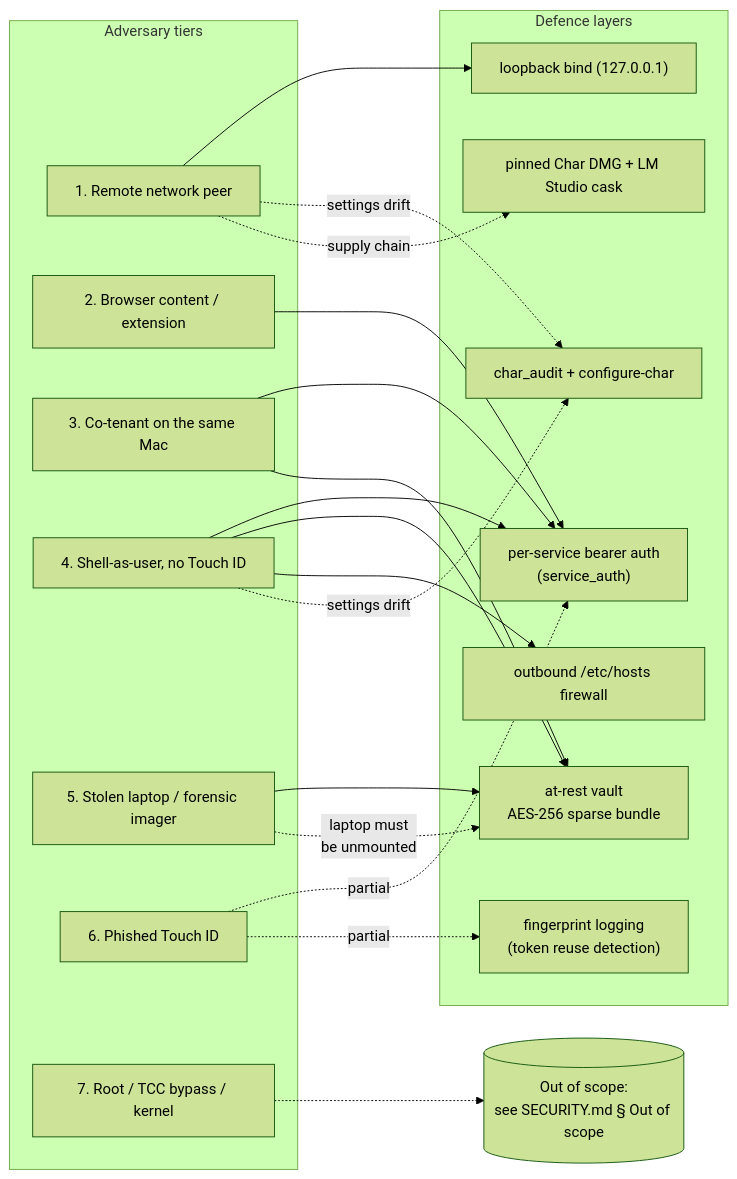
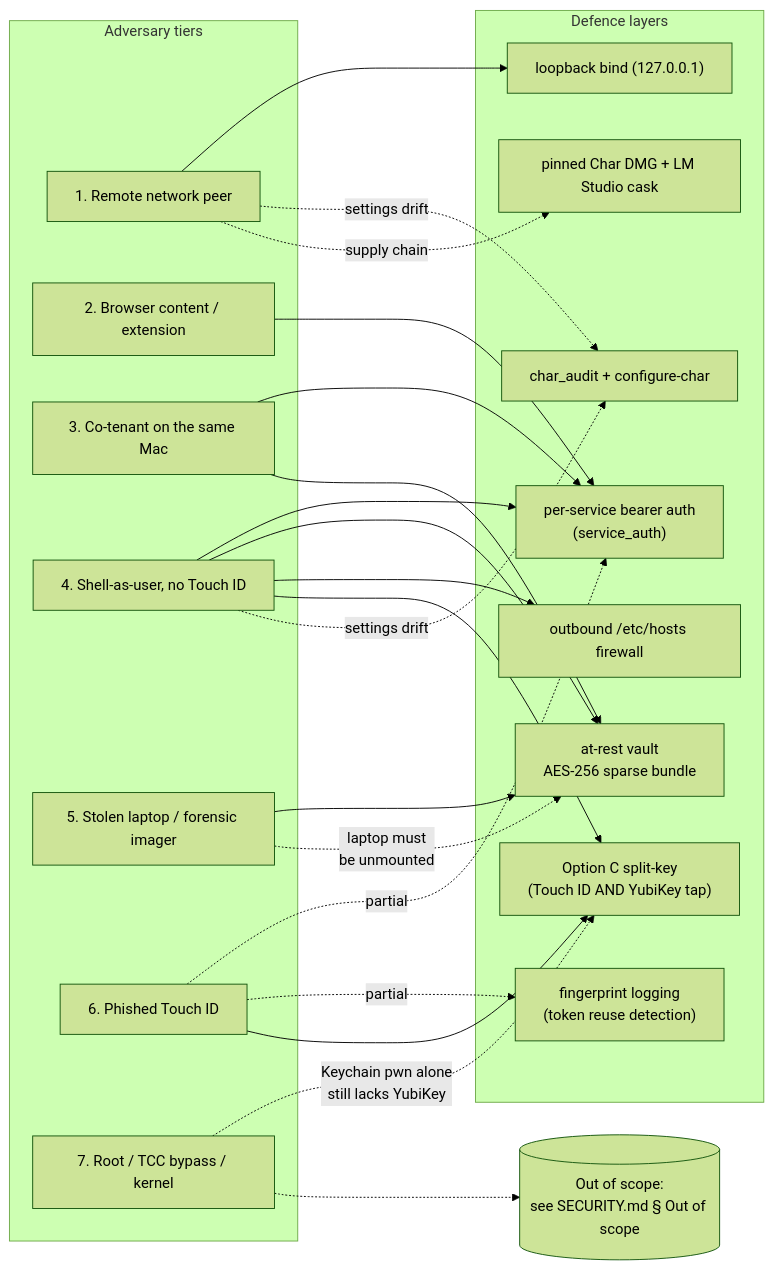
One commit to cmc/local_scribe changed diagram 14 of 30 in ARCHITECTURE.md. Above: the diagram before and after it, drawn with Mermaid (forest theme). The commit also changed other lines of this file and 3 other files, not shown here.

````diff
--- a/ARCHITECTURE.md
+++ b/ARCHITECTURE.md
@@ -556,40 +605,44 @@
 ```mermaid
 flowchart LR
     subgraph adv["Adversary tiers"]
       A1["1. Remote network peer"]
       A2["2. Browser content / extension"]
       A3["3. Co-tenant on the same Mac"]
       A4["4. Shell-as-user, no Touch ID"]
       A5["5. Stolen laptop / forensic imager"]
       A6["6. Phished Touch ID"]
       A7["7. Root / TCC bypass / kernel"]
     end
 
     subgraph defence["Defence layers"]
       D1["loopback bind (127.0.0.1)"]
       D2["per-service bearer auth<br/>(service_auth)"]
       D3["at-rest vault<br/>AES-256 sparse bundle"]
       D4["outbound /etc/hosts firewall"]
       D5["char_audit + configure-char"]
       D6["pinned Char DMG + LM Studio cask"]
       D7["fingerprint logging<br/>(token reuse detection)"]
+      D8["Option C split-key<br/>(Touch ID AND YubiKey tap)"]
     end
 
     Out[(Out of scope:<br/>see SECURITY.md § Out of scope)]
 
     A1 --> D1
     A2 --> D2
     A3 --> D2
     A3 --> D3
     A4 --> D2
     A4 --> D3
     A4 --> D4
+    A4 --> D8
     A5 --> D3
     A5 -.->|"laptop must<br/>be unmounted"| D3
     A6 -.->|"partial"| D2
     A6 -.->|"partial"| D7
+    A6 --> D8
     A1 -.->|"settings drift"| D5
     A4 -.->|"settings drift"| D5
     A1 -.->|"supply chain"| D6
+    A7 -.->|"Keychain pwn alone<br/>still lacks YubiKey"| D8
     A7 -.-> Out
 ```
````
